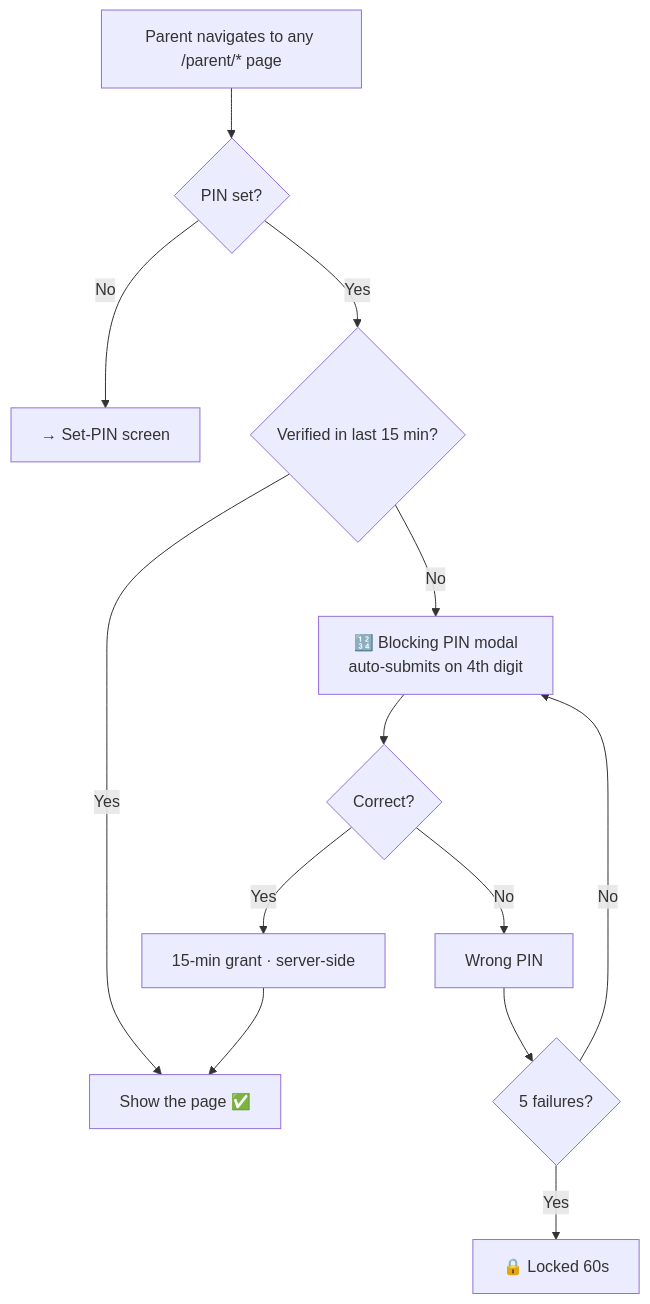
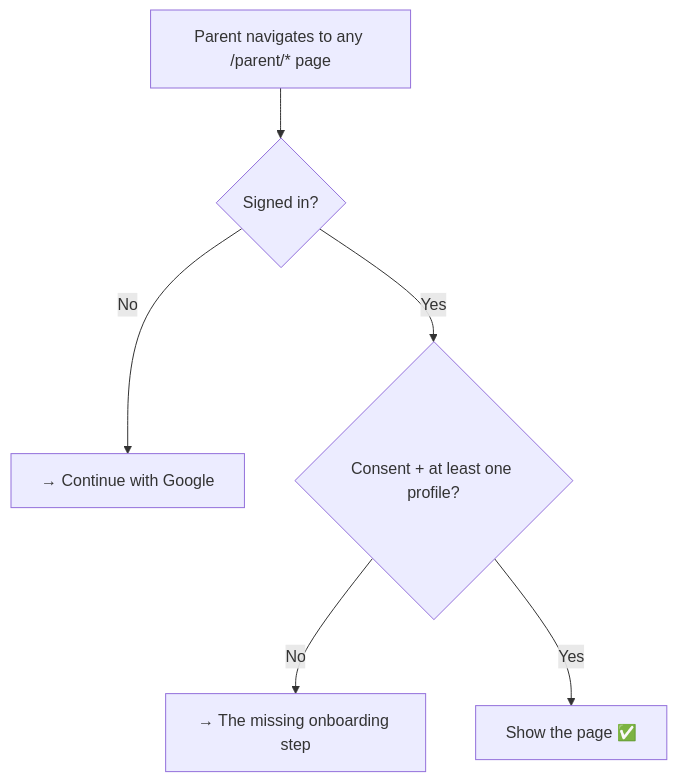
One commit to salmanbd100/kidlearn changed diagram 15 of 28 in document/user-journey-manual.md. Above: the diagram before and after it, drawn with Mermaid. The commit also changed other lines of this file and 15 other files, not shown here.

````diff
--- a/document/user-journey-manual.md
+++ b/document/user-journey-manual.md
@@ -465,14 +459,8 @@
 ```mermaid
 flowchart TD
-    Enter[Parent navigates to any /parent/* page] --> Has{PIN set?}
-    Has -->|No| Setup[→ Set-PIN screen]
-    Has -->|Yes| Fresh{Verified in last 15 min?}
-    Fresh -->|Yes| Allow[Show the page ✅]
-    Fresh -->|No| Modal[🔢 Blocking PIN modal<br/>auto-submits on 4th digit]
-    Modal --> Ok{Correct?}
-    Ok -->|Yes| Grant[15-min grant · server-side] --> Allow
-    Ok -->|No| Fail[Wrong PIN]
-    Fail --> Lock{5 failures?}
-    Lock -->|Yes| Locked[🔒 Locked 60s]
-    Lock -->|No| Modal
+    Enter[Parent navigates to any /parent/* page] --> Signed{Signed in?}
+    Signed -->|No| Login[→ Continue with Google]
+    Signed -->|Yes| Onboarded{Consent + at least one profile?}
+    Onboarded -->|No| Steps[→ The missing onboarding step]
+    Onboarded -->|Yes| Allow[Show the page ✅]
 ```
````
